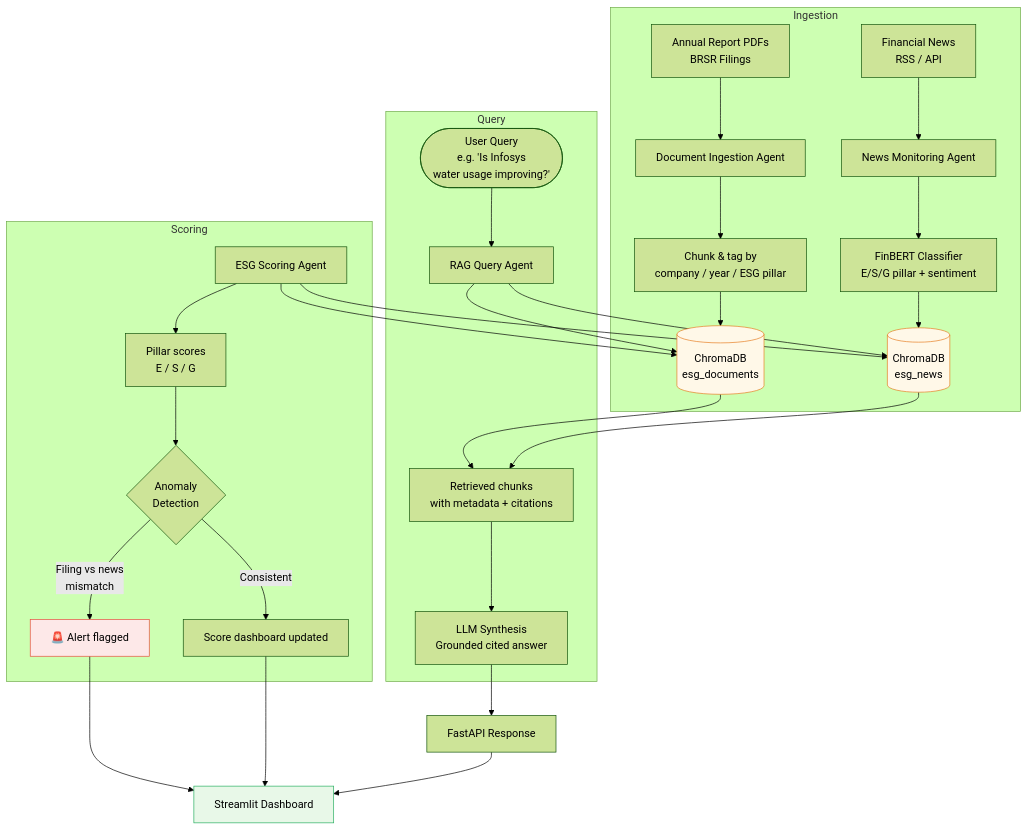
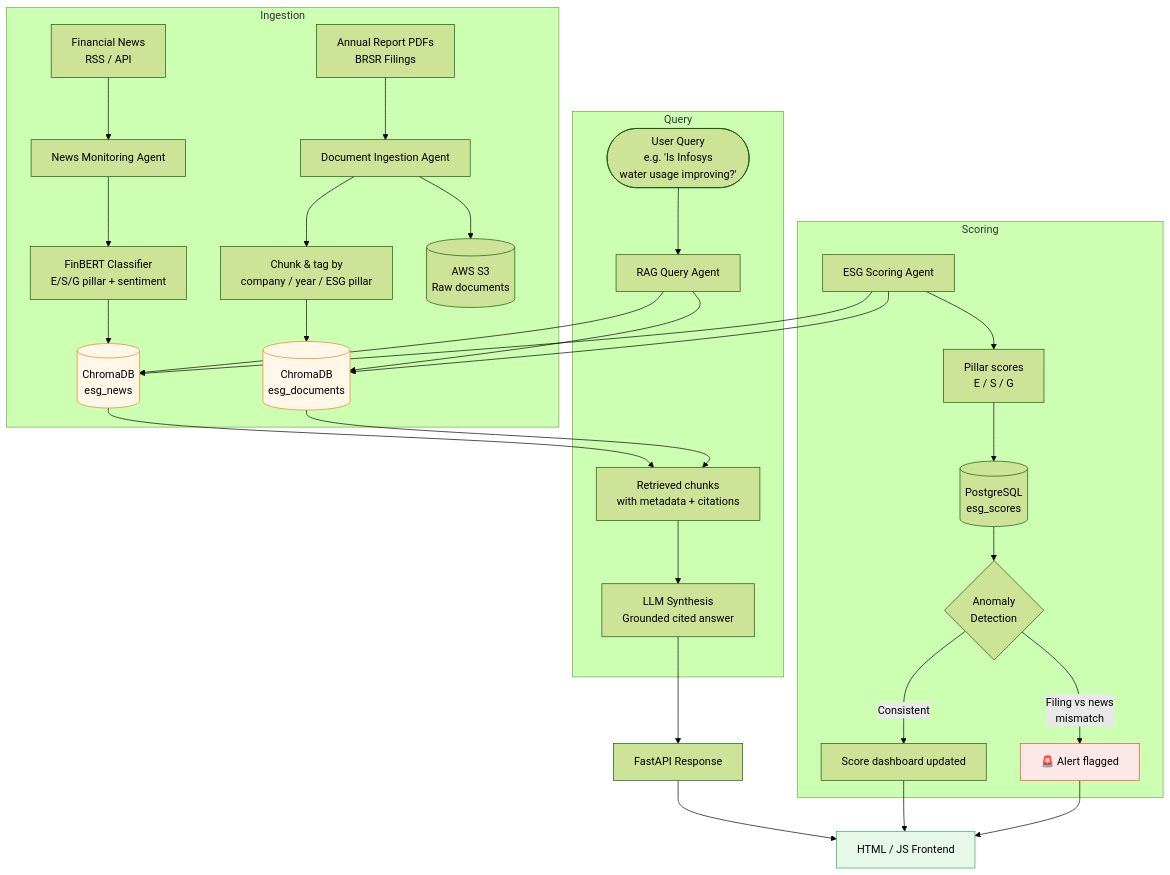
The diagram in README.md (shreyapatro/ESG-Sentinel-Agentic-ESG-Intelligence-Sentiment-Analysis), drawn with Mermaid (forest theme) before and after one commit. The commit also changed other lines of this file, not shown here.

First line of the commit message:
Revise storage layer and frontend details in README

````diff
--- a/README.md
+++ b/README.md
@@ -86,39 +91,41 @@
 ```mermaid
 flowchart TD
     subgraph Ingestion
         A1[Annual Report PDFs\nBRSR Filings] --> B1[Document Ingestion Agent]
         A2[Financial News\nRSS / API] --> B2[News Monitoring Agent]
 
         B1 --> C1[Chunk & tag by\ncompany / year / ESG pillar]
         B2 --> C2[FinBERT Classifier\nE/S/G pillar + sentiment]
 
         C1 --> D[(ChromaDB\nesg_documents)]
         C2 --> E[(ChromaDB\nesg_news)]
+        B1 --> S3[(AWS S3\nRaw documents)]
     end
 
     subgraph Query
         F([User Query\ne.g. 'Is Infosys\nwater usage improving?']) --> G[RAG Query Agent]
         G --> D
         G --> E
         D & E --> H[Retrieved chunks\nwith metadata + citations]
         H --> I[LLM Synthesis\nGrounded cited answer]
     end
 
     subgraph Scoring
         J[ESG Scoring Agent] --> D
         J --> E
         J --> K[Pillar scores\nE / S / G]
-        K --> L{Anomaly\nDetection}
+        K --> PG[(PostgreSQL\nesg_scores)]
+        PG --> L{Anomaly\nDetection}
         L -->|Filing vs news\nmismatch| M[🚨 Alert flagged]
         L -->|Consistent| N[Score dashboard updated]
     end
 
     I --> O[FastAPI Response]
-    M & N --> P[Streamlit Dashboard]
+    M & N --> P[HTML / JS Frontend]
     O --> P
 
     style D fill:#fff8e8,stroke:#e67e22
     style E fill:#fff8e8,stroke:#e67e22
     style M fill:#fde8e8,stroke:#e74c3c
     style P fill:#e8f8e8,stroke:#27ae60
 ```
````
